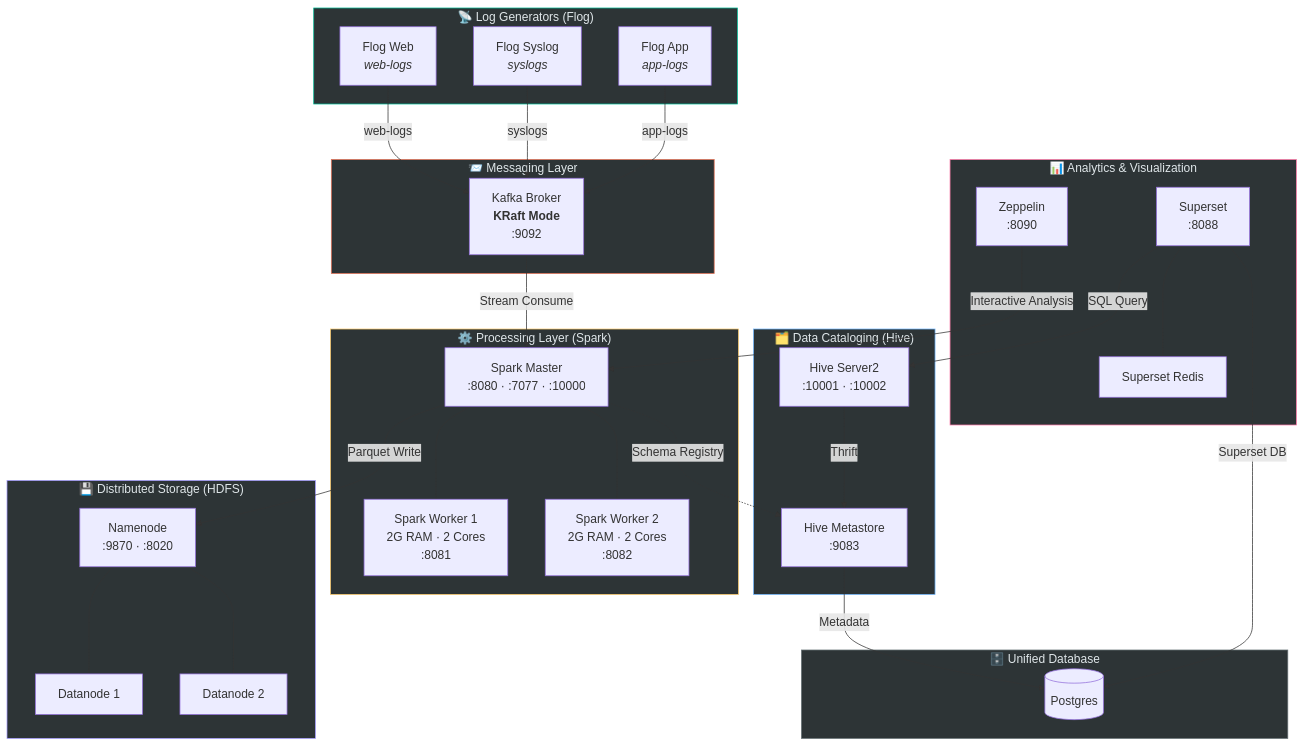
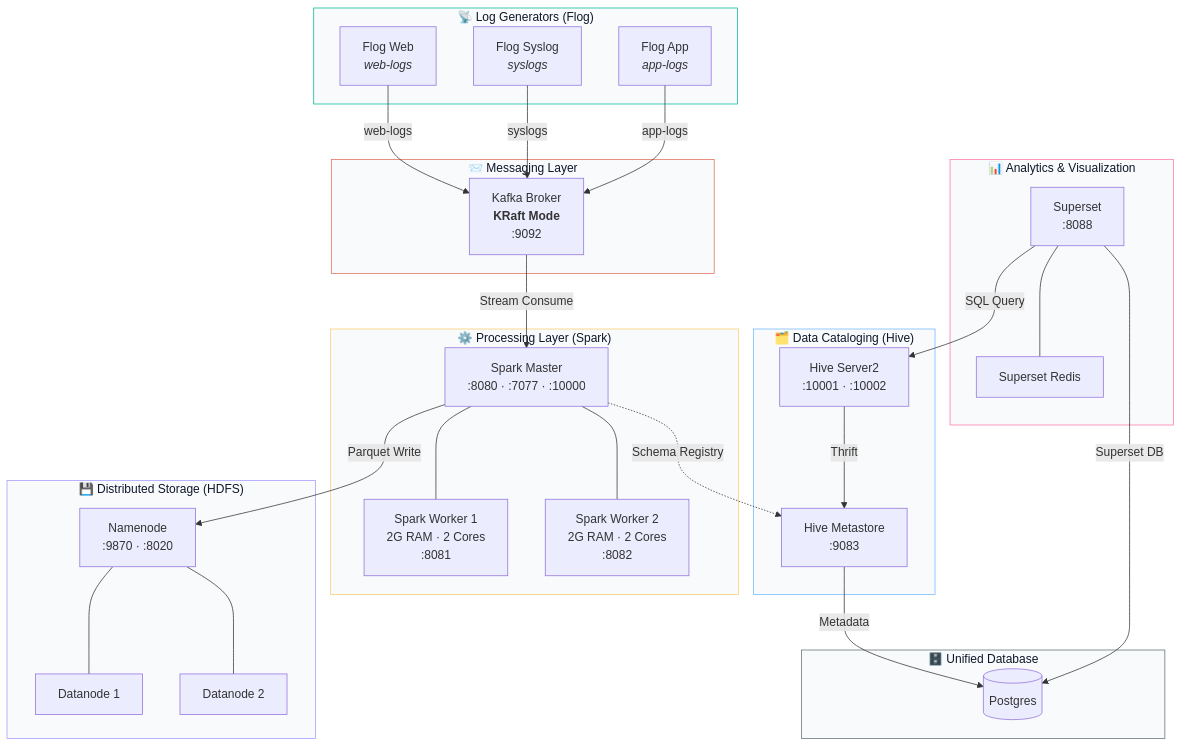
One commit to yusufarbc/Apache-BigData-SIEM changed the diagram in README.md. Above: the diagram before and after it, drawn with Mermaid. The commit also changed other lines of this file and 11 other files, not shown here.

````diff
--- a/README.md
+++ b/README.md
@@ -22,64 +22,62 @@
 ```mermaid
 graph TD
     subgraph FLOG["📡 Log Generators (Flog)"]
         FW["Flog Web<br/><i>web-logs</i>"]
         FS["Flog Syslog<br/><i>syslogs</i>"]
         FA["Flog App<br/><i>app-logs</i>"]
     end
 
     subgraph KAFKA["📨 Messaging Layer"]
         KB["Kafka Broker<br/><b>KRaft Mode</b><br/>:9092"]
     end
 
     subgraph SPARK["⚙️ Processing Layer (Spark)"]
         SM["Spark Master<br/>:8080 · :7077 · :10000"]
         SW1["Spark Worker 1<br/>2G RAM · 2 Cores<br/>:8081"]
         SW2["Spark Worker 2<br/>2G RAM · 2 Cores<br/>:8082"]
     end
 
     subgraph HIVE["🗂️ Data Cataloging (Hive)"]
         HM["Hive Metastore<br/>:9083"]
         HS2["Hive Server2<br/>:10001 · :10002"]
     end
 
     subgraph HDFS["💾 Distributed Storage (HDFS)"]
         NN["Namenode<br/>:9870 · :8020"]
         DN1["Datanode 1"]
         DN2["Datanode 2"]
     end
 
     subgraph DB["🗄️ Unified Database"]
         PG[("Postgres")]
     end
 
     subgraph VIZ["📊 Analytics & Visualization"]
         SRED["Superset Redis"]
         SUP["Superset<br/>:8088"]
-        ZEP["Zeppelin<br/>:8090"]
     end
 
     FW -->|"web-logs"| KB
     FS -->|"syslogs"| KB
     FA -->|"app-logs"| KB
     KB -->|"Stream Consume"| SM
     SM --- SW1
     SM --- SW2
     SM -->|"Parquet Write"| NN
     NN --- DN1
     NN --- DN2
     HM -->|"Metadata"| PG
     HS2 -->|"Thrift"| HM
     SM -.->|"Schema Registry"| HM
     SUP -->|"Superset DB"| PG
     SUP -->|"SQL Query"| HS2
     SUP --- SRED
-    ZEP -->|"Interactive Analysis"| SM
 
-    style FLOG fill:#2d3436,stroke:#00b894,color:#dfe6e9
-    style KAFKA fill:#2d3436,stroke:#e17055,color:#dfe6e9
-    style SPARK fill:#2d3436,stroke:#fdcb6e,color:#dfe6e9
-    style HIVE fill:#2d3436,stroke:#74b9ff,color:#dfe6e9
-    style HDFS fill:#2d3436,stroke:#a29bfe,color:#dfe6e9
-    style DB fill:#2d3436,stroke:#636e72,color:#dfe6e9
-    style VIZ fill:#2d3436,stroke:#fd79a8,color:#dfe6e9
+    style FLOG fill:#f8fafc,stroke:#00b894,color:#0f172a
+    style KAFKA fill:#f8fafc,stroke:#e17055,color:#0f172a
+    style SPARK fill:#f8fafc,stroke:#fdcb6e,color:#0f172a
+    style HIVE fill:#f8fafc,stroke:#74b9ff,color:#0f172a
+    style HDFS fill:#f8fafc,stroke:#a29bfe,color:#0f172a
+    style DB fill:#f8fafc,stroke:#636e72,color:#0f172a
+    style VIZ fill:#f8fafc,stroke:#fd79a8,color:#0f172a
 ```
````
